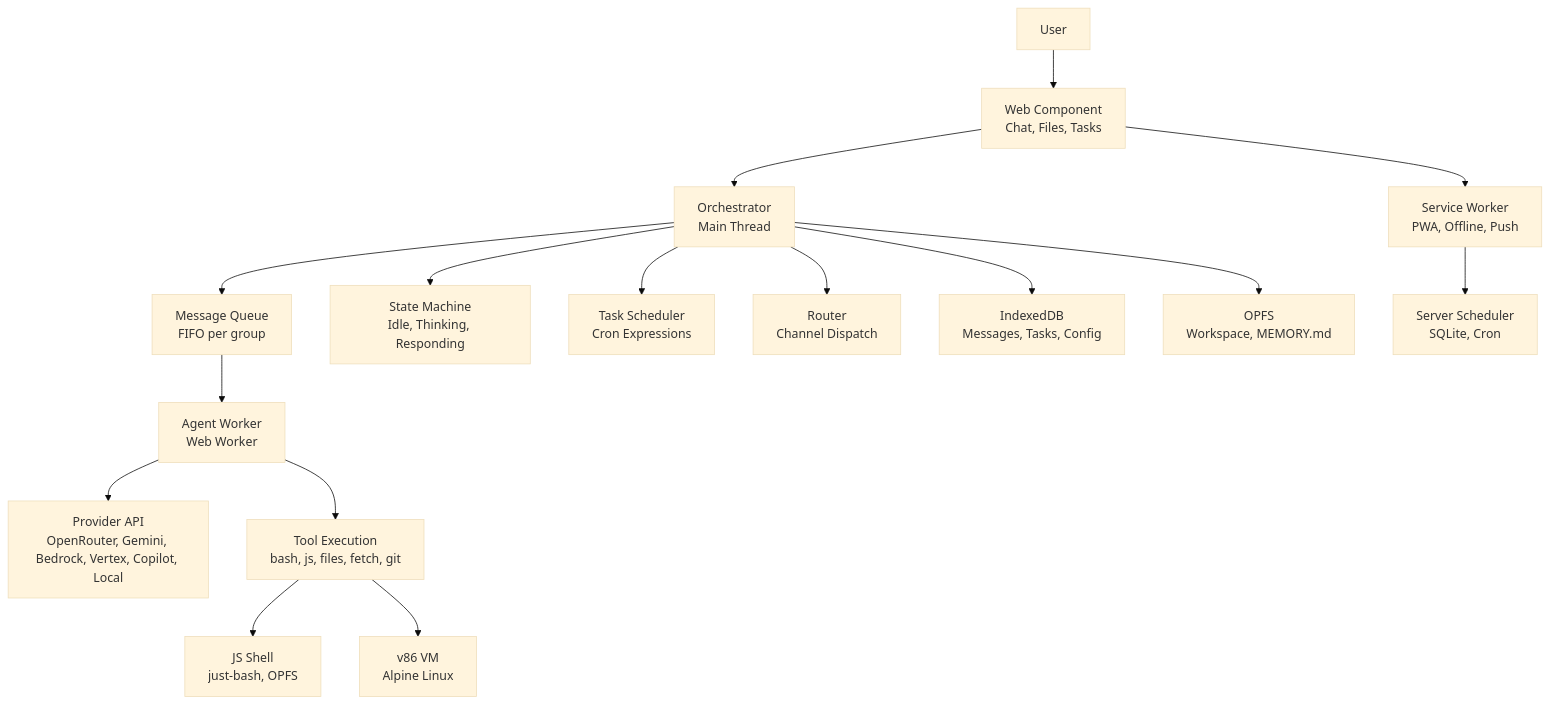
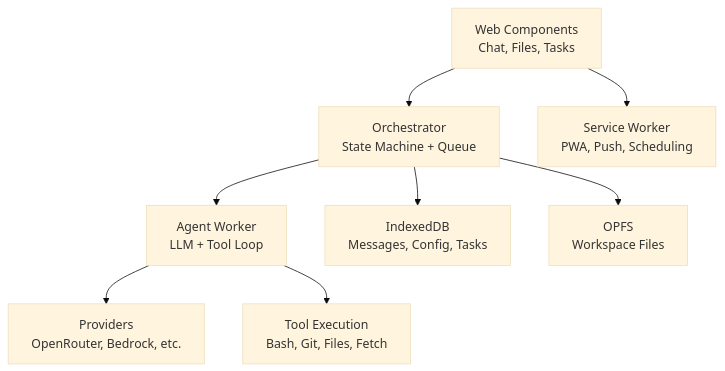
One commit to xt-ml/shadow-claw changed the diagram in README.md. Above: the diagram before and after it, drawn with Mermaid (base theme). The commit also changed other lines of this file and 9 other files, not shown here.

````diff
--- a/README.md
+++ b/README.md
@@ -69,18 +50,21 @@
 ```mermaid
 graph TD
-  User["User"] --> UI["Web Component<br>Chat, Files, Tasks"]
-  UI --> Orchestrator["Orchestrator<br>Main Thread"]
-  Orchestrator --> Queue["Message Queue<br>FIFO per group"]
-  Orchestrator --> FSM["State Machine<br>Idle, Thinking, Responding"]
-  Orchestrator --> Scheduler["Task Scheduler<br>Cron Expressions"]
-  Orchestrator --> Router["Router<br>Channel Dispatch"]
-  Queue --> Worker["Agent Worker<br>Web Worker"]
-  Worker --> Provider["Provider API<br>OpenRouter, Gemini, Bedrock, Vertex, Copilot, Local"]
-  Worker --> Tools["Tool Execution<br>bash, js, files, fetch, git"]
-  Tools --> Shell["JS Shell<br>just-bash, OPFS"]
-  Tools --> VM["v86 VM<br>Alpine Linux"]
-  Orchestrator --> DB["IndexedDB<br>Messages, Tasks, Config"]
-  Orchestrator --> FS["OPFS<br>Workspace, MEMORY.md"]
-  UI --> SW["Service Worker<br>PWA, Offline, Push"]
-  SW --> ServerScheduler["Server Scheduler<br>SQLite, Cron"]
+  UI["Web Components<br>Chat, Files, Tasks"]
+  Orchestrator["Orchestrator<br>State Machine + Queue"]
+  Worker["Agent Worker<br>LLM + Tool Loop"]
+  Providers["Providers<br>OpenRouter, Bedrock, etc."]
+  Tools["Tool Execution<br>Bash, Git, Files, Fetch"]
+
+  UI --> Orchestrator
+  Orchestrator --> Worker
+  Worker --> Providers
+  Worker --> Tools
+
+  DB["IndexedDB<br>Messages, Config, Tasks"]
+  FS["OPFS<br>Workspace Files"]
+  Orchestrator --> DB
+  Orchestrator --> FS
+
+  SW["Service Worker<br>PWA, Push, Scheduling"]
+  UI --> SW
 ```
````
